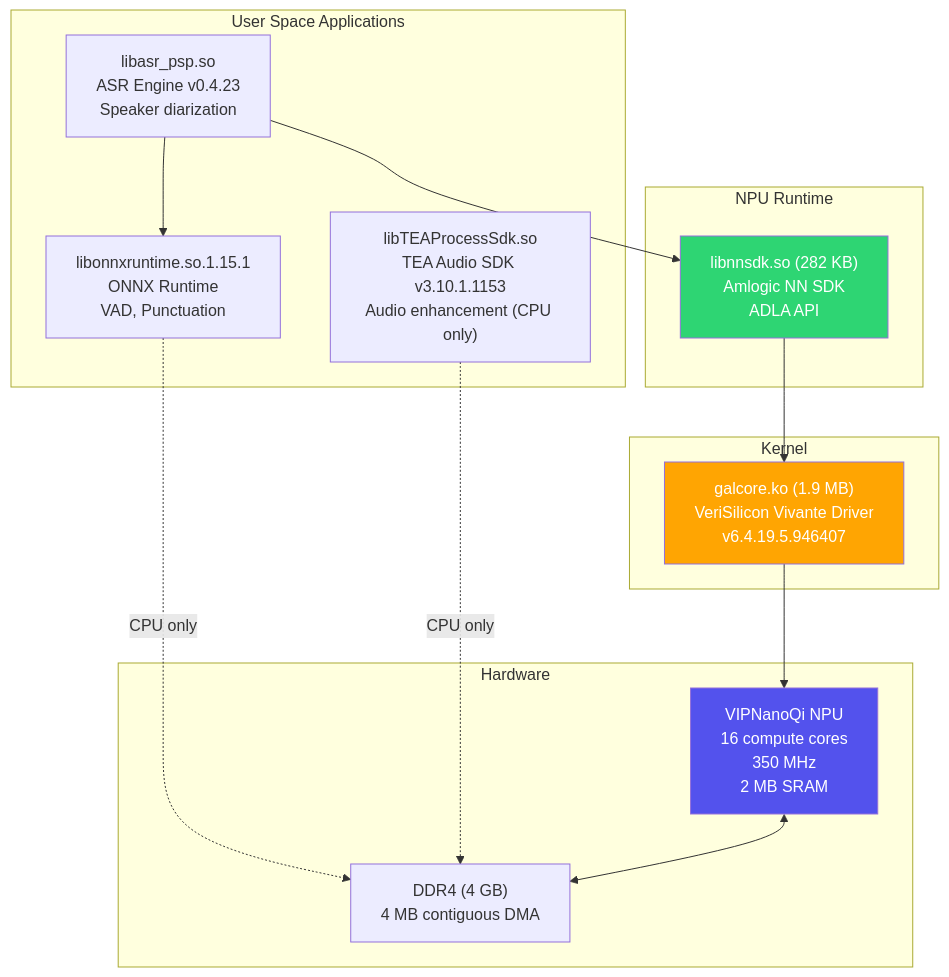
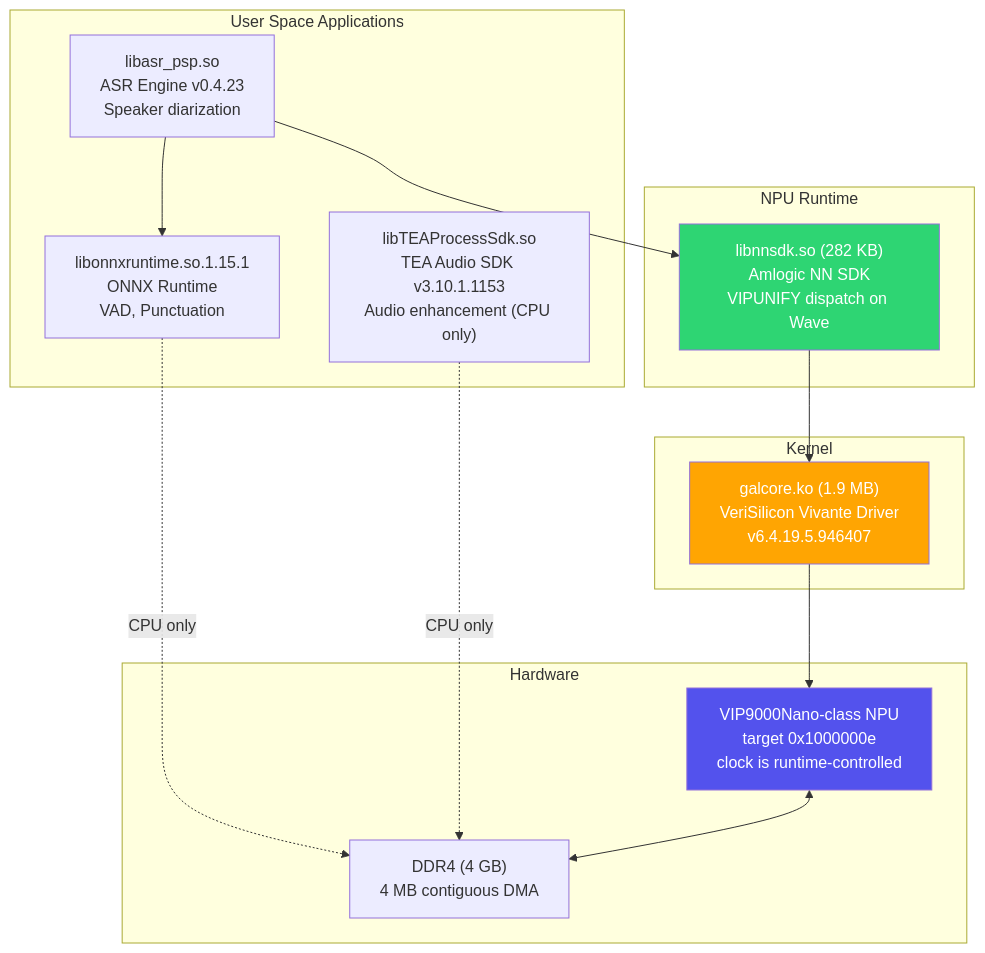
Before and after one commit to XavierGeerinck/insta360-custom-firmware: the first of 6 diagrams in docs/REPORT_NPU.md, drawn with Mermaid. The commit also changed other lines of this file and 5 other files, not shown here.

````diff
--- a/docs/REPORT_NPU.md
+++ b/docs/REPORT_NPU.md
@@ -113,33 +294,33 @@
 ```mermaid
 graph TB
     subgraph "User Space Applications"
         ASR["libasr_psp.so<br/>ASR Engine v0.4.23<br/>Speaker diarization"]
         ORT["libonnxruntime.so.1.15.1<br/>ONNX Runtime<br/>VAD, Punctuation"]
         TEA["libTEAProcessSdk.so<br/>TEA Audio SDK v3.10.1.1153<br/>Audio enhancement (CPU only)"]
     end
 
     subgraph "NPU Runtime"
-        NNSDK["libnnsdk.so (282 KB)<br/>Amlogic NN SDK<br/>ADLA API"]
+        NNSDK["libnnsdk.so (282 KB)<br/>Amlogic NN SDK<br/>VIPUNIFY dispatch on Wave"]
     end
 
     subgraph "Kernel"
         GALCORE["galcore.ko (1.9 MB)<br/>VeriSilicon Vivante Driver<br/>v6.4.19.5.946407"]
     end
 
     subgraph "Hardware"
-        NPU["VIPNanoQi NPU<br/>16 compute cores<br/>350 MHz<br/>2 MB SRAM"]
+        NPU["VIP9000Nano-class NPU<br/>target 0x1000000e<br/>clock is runtime-controlled"]
         DDR["DDR4 (4 GB)<br/>4 MB contiguous DMA"]
     end
 
     ASR --> NNSDK
     ASR --> ORT
     ORT -.->|"CPU only"| DDR
     TEA -.->|"CPU only"| DDR
     NNSDK --> GALCORE
     GALCORE --> NPU
     NPU <--> DDR
 
     style NPU fill:#5352ed,color:#fff
     style NNSDK fill:#2ed573,color:#fff
     style GALCORE fill:#ffa502,color:#fff
 ```
````
